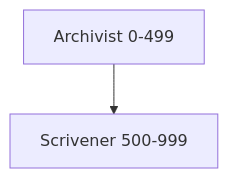
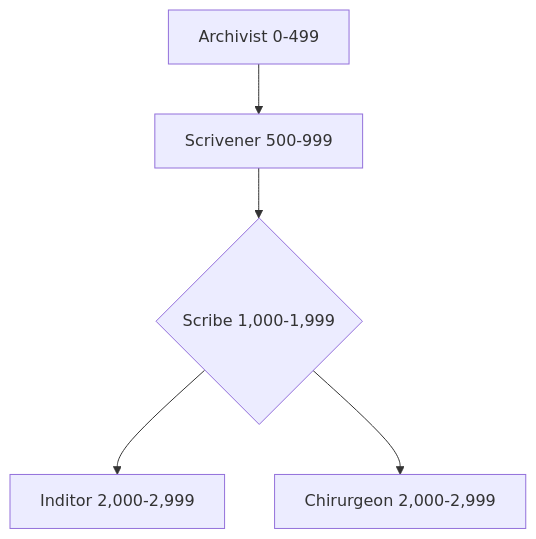
One commit to zyzyx159/Rule-books changed the diagram in Classes/Adept.md. Above: the diagram before and after it, drawn with Mermaid.

Commit message:
vault backup: 2025-07-22 00:47:50

````diff
--- a/Classes/Adept.md
+++ b/Classes/Adept.md
@@ -29,5 +29,8 @@
 ```mermaid
 graph TD
 A[Archivist 0-499] --> B[Scrivener 500-999]
+B --> C{Scribe 1,000-1,999}
+C --> D[Inditor 2,000-2,999]
+C --> E[Chirurgeon 2,000-2,999]
 
 ```
````
